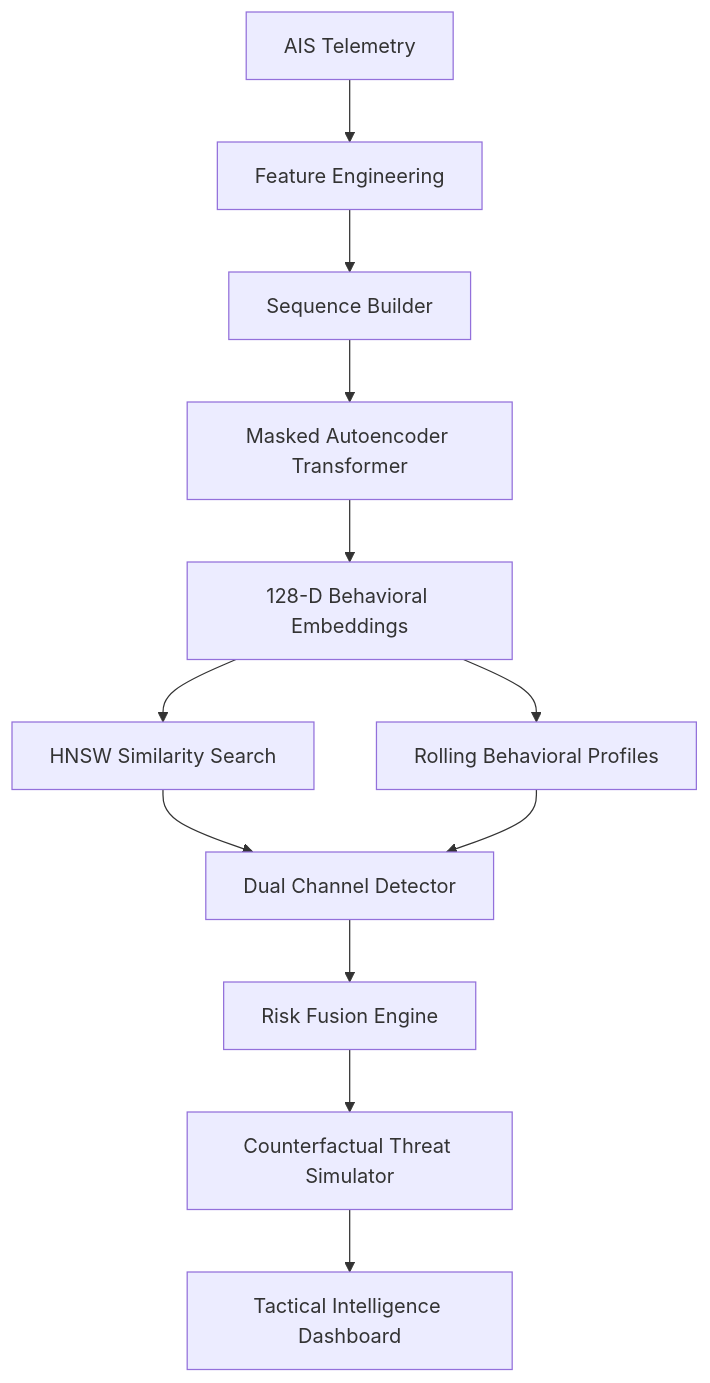
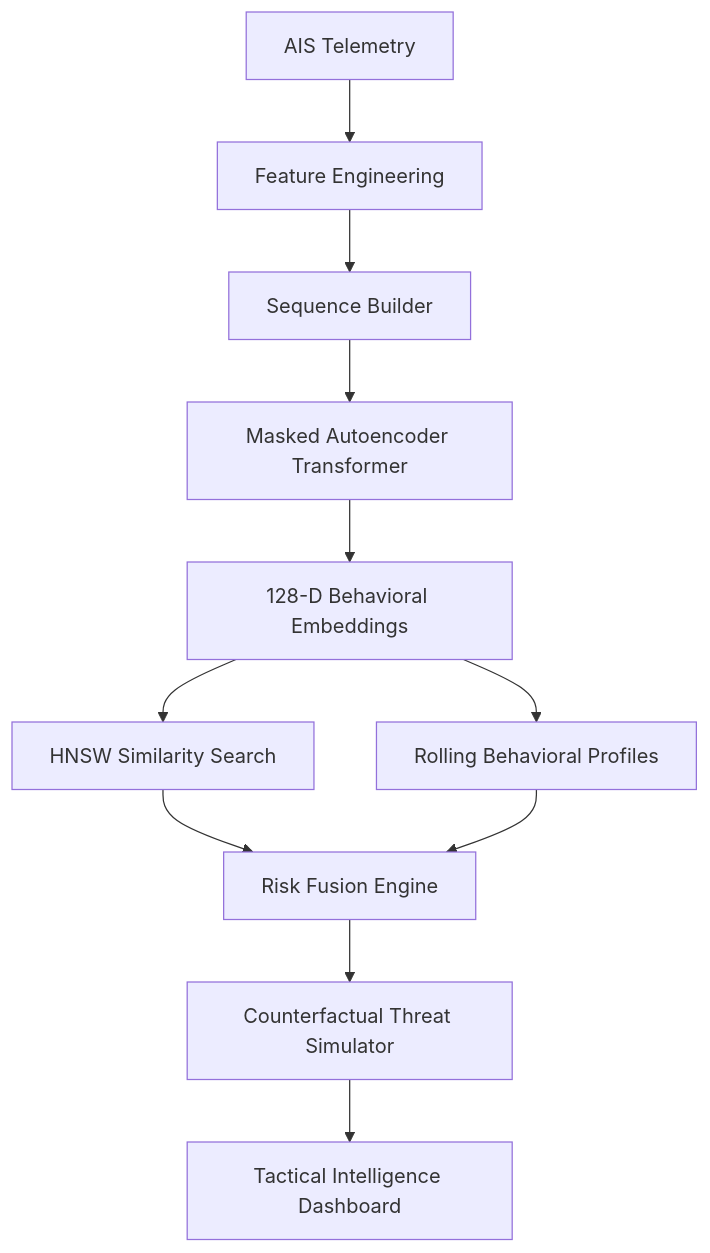
One commit to Korunil/navisight changed the diagram in README.md. Above: the diagram before and after it, drawn with Mermaid. The commit also changed other lines of this file, not shown here.

````diff
--- a/README.md
+++ b/README.md
@@ -156,27 +182,25 @@
 ```mermaid
 flowchart TD
 
 A[AIS Telemetry]
 
 A --> B[Feature Engineering]
 
 B --> C[Sequence Builder]
 
 C --> D[Masked Autoencoder Transformer]
 
 D --> E[128-D Behavioral Embeddings]
 
 E --> F[HNSW Similarity Search]
 
 E --> G[Rolling Behavioral Profiles]
 
 F --> H[Dual Channel Detector]
 
-G --> H
+G --> H[Risk Fusion Engine]
 
-H --> I[Risk Fusion Engine]
+H --> I[Counterfactual Threat Simulator]
 
-I --> J[Counterfactual Threat Simulator]
-
-J --> K[Tactical Intelligence Dashboard]
+I --> J[Tactical Intelligence Dashboard]
 ```
````
